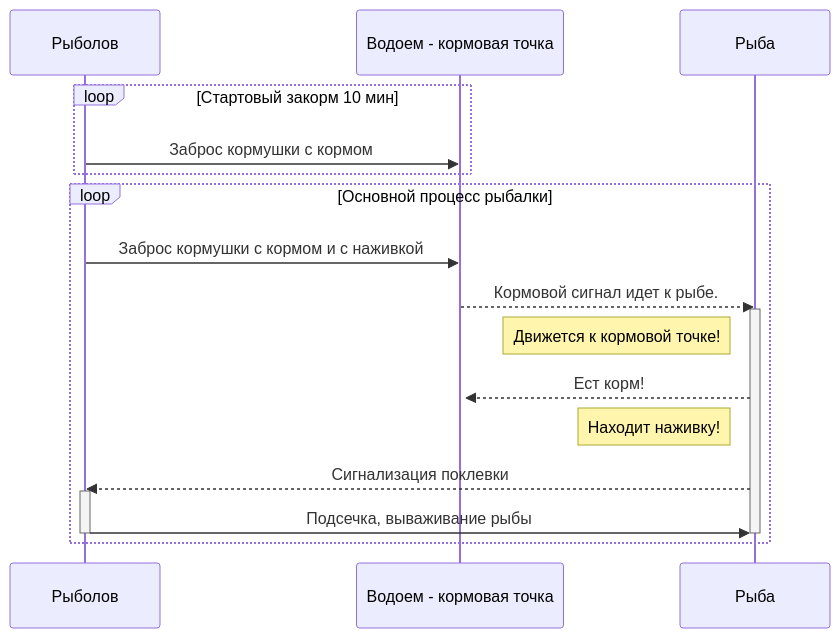
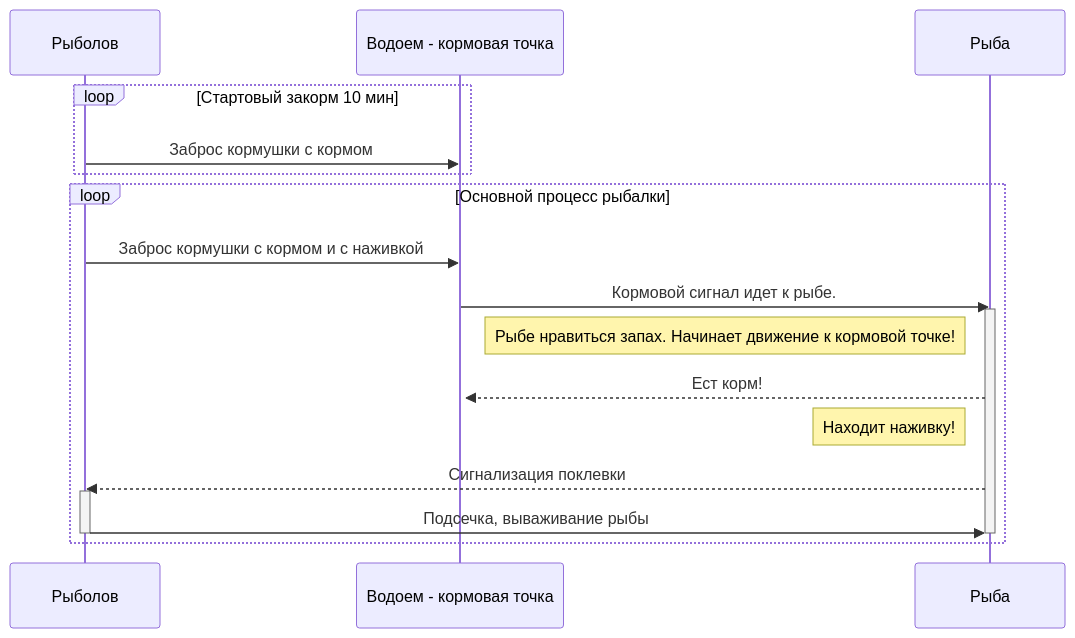
One commit to MaksimTarasov/learnGit changed the sixth of 6 diagrams in Fishing.md. Above: the diagram before and after it, drawn with Mermaid. The commit also changed other lines of this file and 1 other file, not shown here.

Commit message:
В файл Readmy.md добавленн блок про работу с коммитами

````diff
--- a/Fishing.md
+++ b/Fishing.md
@@ -107,23 +107,23 @@
 ```mermaid
 sequenceDiagram
     participant Рыболов
     participant Водоем - кормовая точка
     participant Рыба
     %%Рыболов->>Водоем: Кидает кормушку с кормом
     loop Стартовый закорм 10 мин
         Рыболов->>Водоем - кормовая точка: Заброс кормушки с кормом
     end
     loop Основной процесс рыбалки
         Рыболов->>Водоем - кормовая точка: Заброс кормушки с кормом и с наживкой
-        Водоем - кормовая точка-->>Рыба:Кормовой сигнал идет к рыбе.
+        Водоем - кормовая точка->>Рыба:Кормовой сигнал идет к рыбе.
         activate Рыба
-        Note left of Рыба: Движется к кормовой точке!
+        Note left of Рыба: Рыбе нравиться запах. Начинает движение к кормовой точке!
         Рыба -->>+Водоем - кормовая точка: Ест корм!
         Note left of Рыба: Находит наживку!
         Рыба -->> Рыболов: Сигнализация поклевки
         activate  Рыболов
         Рыболов ->> Рыба: Подсечка, вываживание рыбы
         deactivate Рыба
         deactivate Рыболов
     end
 ```
````
